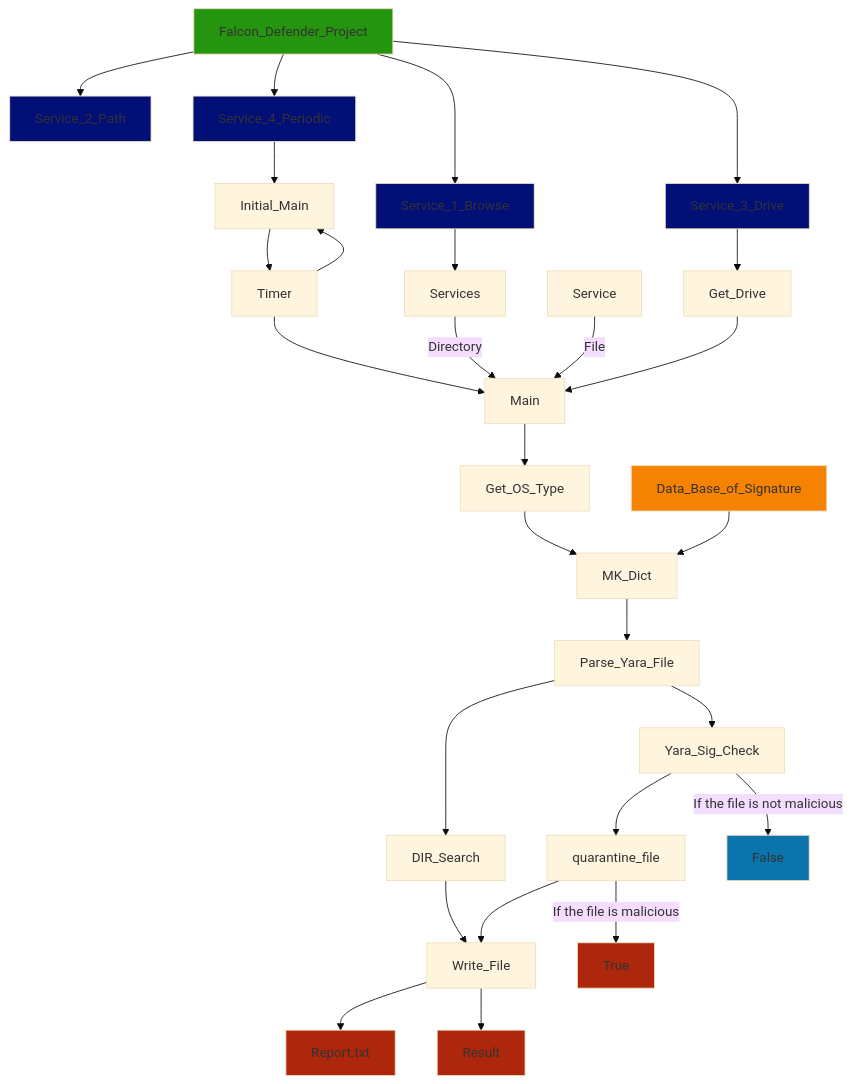
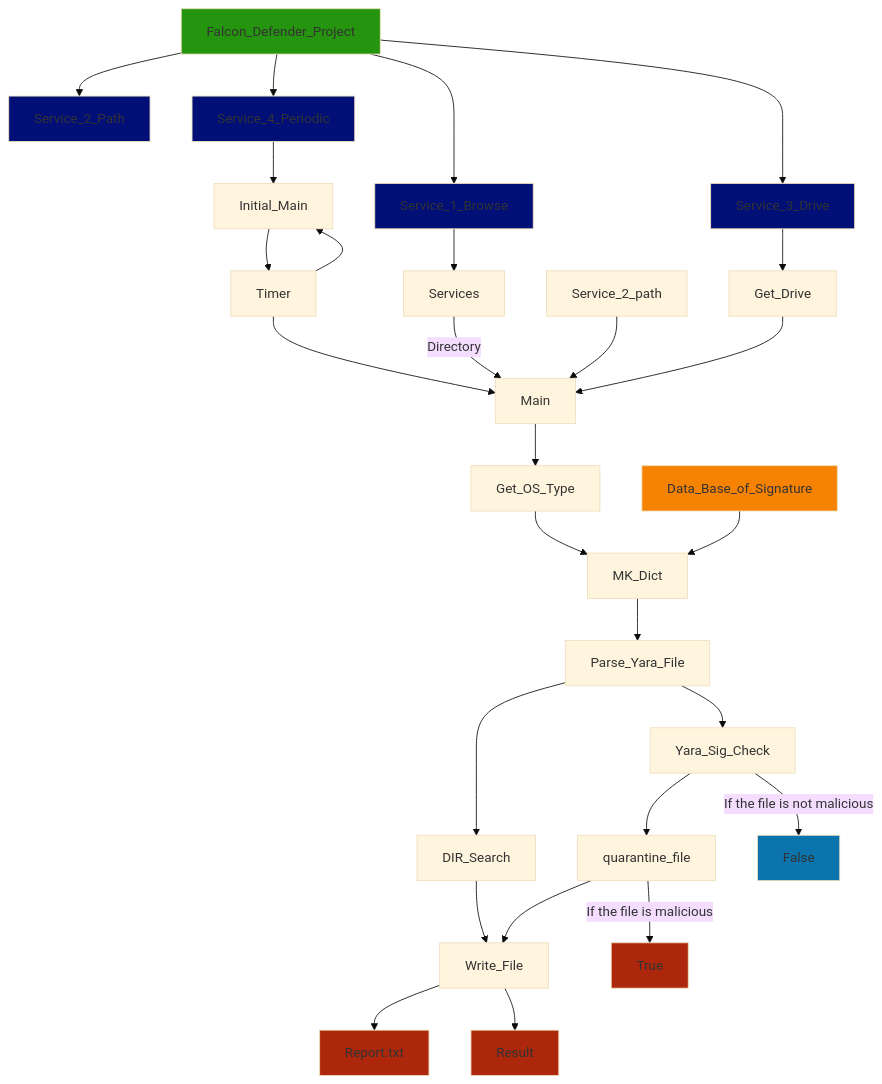
The diagram in README.md (AyhamAsfoor/Falcon_Defender), drawn with Mermaid (base theme) before and after one commit.

````diff
--- a/README.md
+++ b/README.md
@@ -68,40 +68,40 @@
 ```mermaid
 graph TD;
    Falcon_Defender_Project-->Service_1_Browse;
    Service_1_Browse-->Services;
    Falcon_Defender_Project-->Service_2_Path;
    Falcon_Defender_Project-->Service_3_Drive;
    Service_3_Drive-->Get_Drive;
    Falcon_Defender_Project-->Service_4_Periodic;
    Service_4_Periodic-->Initial_Main;
    Initial_Main-->Timer;
    Timer-->Initial_Main;
    Timer-->Main;
    Services-->|Directory |Main;
-   Service-->|File| Main;
+   Service_2_path-->Main;
    Get_Drive-->Main;
    Main-->Get_OS_Type;
    Get_OS_Type-->MK_Dict;
    Data_Base_of_Signature-->MK_Dict;
    MK_Dict-->Parse_Yara_File;
    Parse_Yara_File-->DIR_Search;
    Parse_Yara_File-->Yara_Sig_Check;
    DIR_Search-->Write_File;
    Yara_Sig_Check-->quarantine_file;
    quarantine_file-->Write_File;
    Yara_Sig_Check-->|If the file is not malicious| False;
    quarantine_file-->|If the file is malicious| True;
    Write_File-->Report_txt[Report.txt];
    Write_File-->Result[Result];
 
    style Falcon_Defender_Project fill:#25940f;
    style Service_1_Browse fill:#010f76;
    style Service_2_Path fill:#010f76;
    style Service_3_Drive fill:#010f76;
    style Service_4_Periodic fill:#010f76;
    style Data_Base_of_Signature fill:#f58200;
    style Report_txt fill:#ac270b;
    style Result fill:#ac270b;
    style True fill:#ac270b;
    style False fill:#0b74ac;
 ```
````
